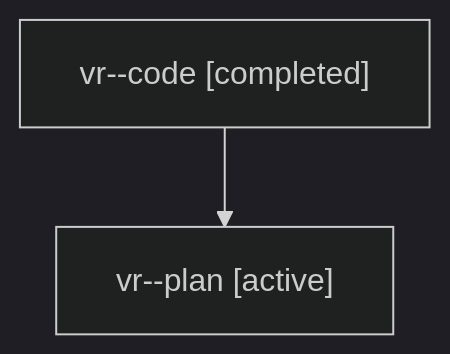
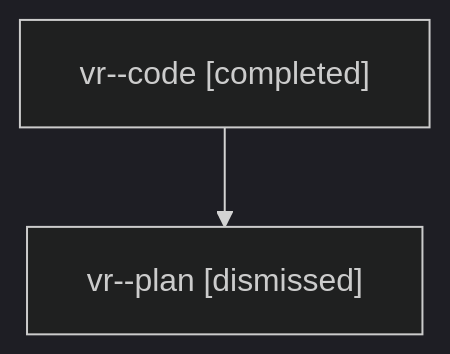
Before and after one commit to sase-org/sase--agents: the diagram in sessions/bbugyi200.athena.vr.md, drawn with Mermaid (dark theme). The commit also changed other lines of this file and 16 other files, not shown here.

````diff
--- a/sessions/bbugyi200.athena.vr.md
+++ b/sessions/bbugyi200.athena.vr.md
@@ -9,6 +9,6 @@
 ```mermaid
 flowchart TD
   n0["vr--code [completed]"]
-  n1["vr--plan [active]"]
+  n1["vr--plan [dismissed]"]
   n0 --> n1
 ```
````
